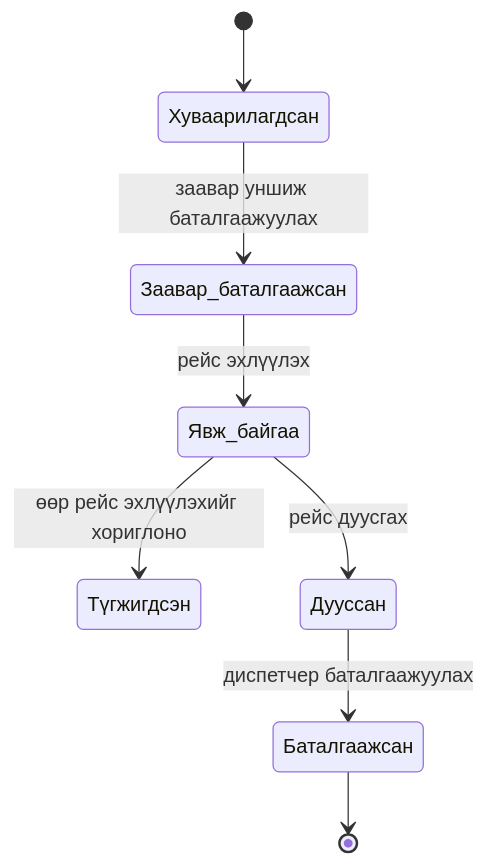
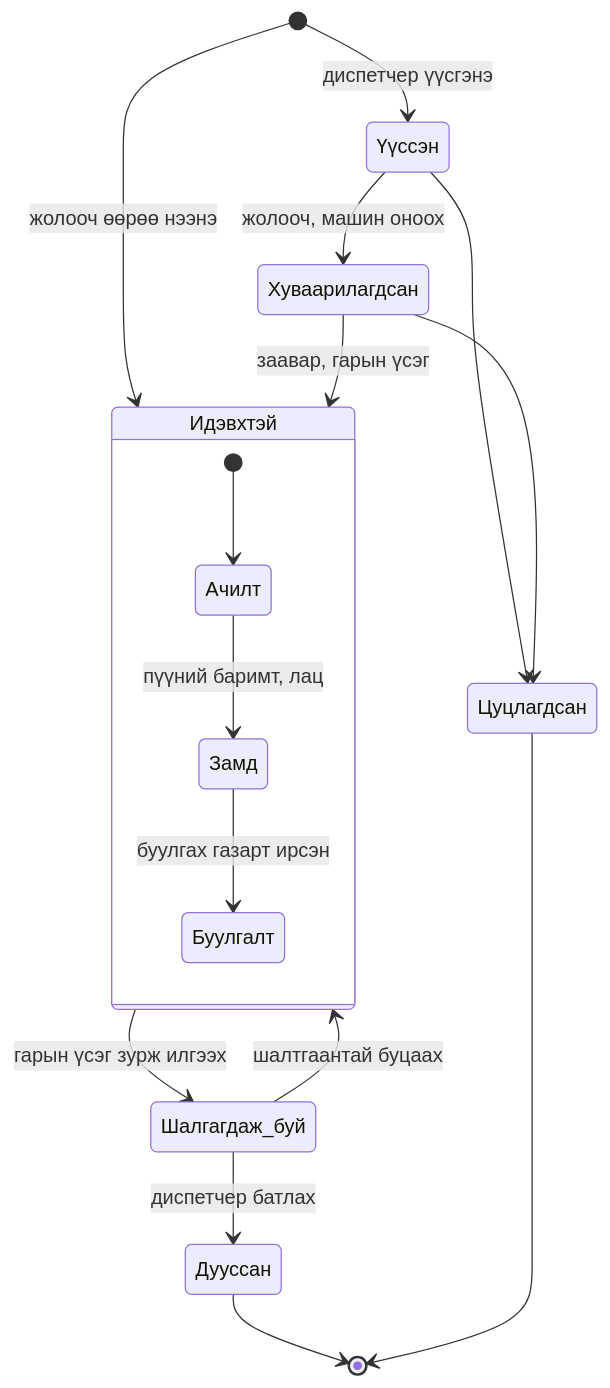
One commit to Asmodify/Open-Teever-Diploma changed the diagram in thesis/diagrams/state_reis.mmd. Above: the diagram before and after it, drawn with Mermaid. The commit also changed 52 other files, not shown here.

```diff
--- a/thesis/diagrams/state_reis.mmd
+++ b/thesis/diagrams/state_reis.mmd
@@ -1,9 +1,18 @@
-%% D11 State: рейс lifecycle (chapter 3)  TODO: exact states from the app's driver_trip_rules.dart and the task controller
+%% D11 State: рейс (chapter 3). Statuses from tasks.status CHECK in 001_initial.sql; review step from the driver-opened рейс flow (2026-10-27).
 stateDiagram-v2
-  [*] --> Хуваарилагдсан
-  Хуваарилагдсан --> Заавар_баталгаажсан : заавар уншиж баталгаажуулах
-  Заавар_баталгаажсан --> Явж_байгаа : рейс эхлүүлэх
-  Явж_байгаа --> Түгжигдсэн : өөр рейс эхлүүлэхийг хориглоно
-  Явж_байгаа --> Дууссан : рейс дуусгах
-  Дууссан --> Баталгаажсан : диспетчер баталгаажуулах
-  Баталгаажсан --> [*]
+  [*] --> Үүссэн : диспетчер үүсгэнэ
+  [*] --> Идэвхтэй : жолооч өөрөө нээнэ
+  Үүссэн --> Хуваарилагдсан : жолооч, машин оноох
+  Хуваарилагдсан --> Идэвхтэй : заавар, гарын үсэг
+  state Идэвхтэй {
+    [*] --> Ачилт
+    Ачилт --> Замд : пүүний баримт, лац
+    Замд --> Буулгалт : буулгах газарт ирсэн
+  }
+  Идэвхтэй --> Шалгагдаж_буй : гарын үсэг зурж илгээх
+  Шалгагдаж_буй --> Идэвхтэй : шалтгаантай буцаах
+  Шалгагдаж_буй --> Дууссан : диспетчер батлах
+  Үүссэн --> Цуцлагдсан
+  Хуваарилагдсан --> Цуцлагдсан
+  Дууссан --> [*]
+  Цуцлагдсан --> [*]
```
